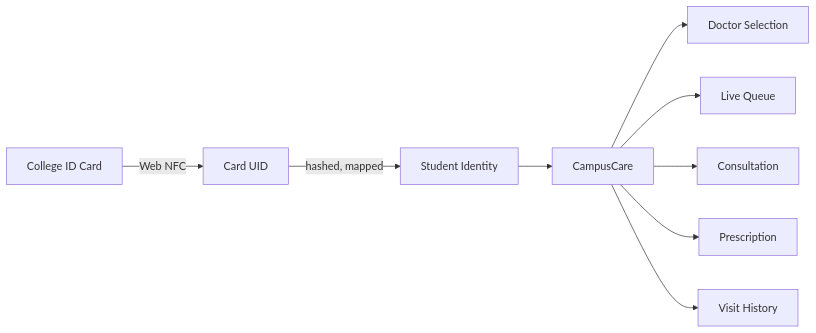
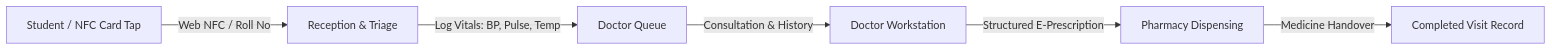
The first of 2 diagrams in README.md (Singh1veer/pulse_care), drawn with Mermaid before and after one commit. The commit also changed other lines of this file, not shown here.

````diff
--- a/README.md
+++ b/README.md
@@ -25,11 +34,8 @@
 ```mermaid
 flowchart LR
-    A[College ID Card] -->|Web NFC| B[Card UID]
-    B -->|hashed, mapped| C[Student Identity]
-    C --> D[CampusCare]
-    D --> E[Doctor Selection]
-    D --> F[Live Queue]
-    D --> G[Consultation]
-    D --> H[Prescription]
-    D --> I[Visit History]
+    A[Student / NFC Card Tap] -->|Web NFC / Roll No| B[Reception & Triage]
+    B -->|Log Vitals: BP, Pulse, Temp| C[Doctor Queue]
+    C -->|Consultation & History| D[Doctor Workstation]
+    D -->|Structured E-Prescription| E[Pharmacy Dispensing]
+    E -->|Medicine Handover| F[Completed Visit Record]
 ```
````
